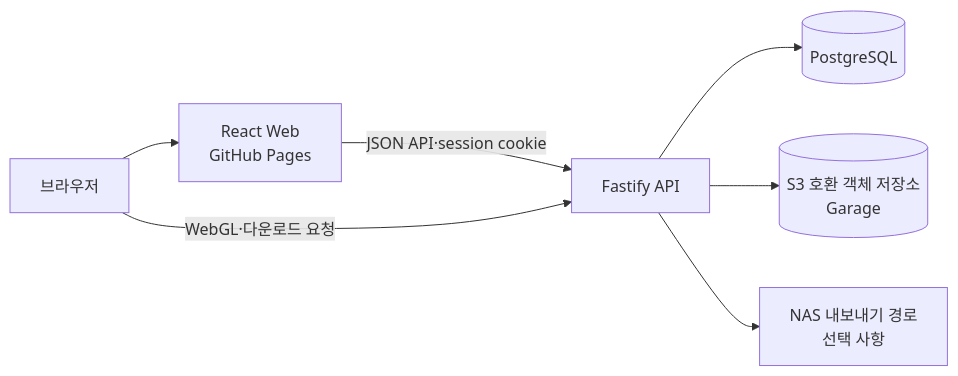
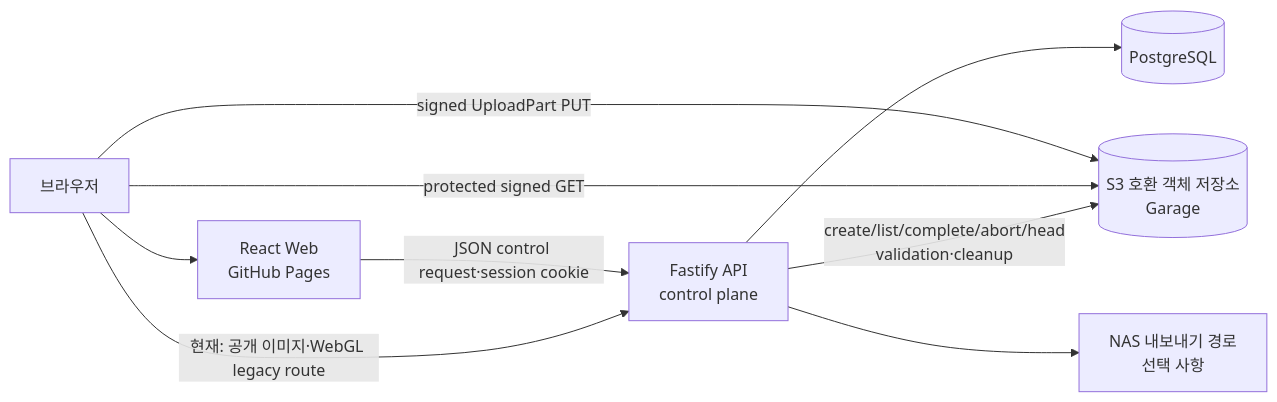
The diagram in README.md (pcugame/pcugame.github.io-infra), drawn with Mermaid before and after one commit. The commit also changed other lines of this file and 124 other files, not shown here.

Commit message:
feat: move object transfers to control plane

````diff
--- a/README.md
+++ b/README.md
@@ -28,9 +28,11 @@
 ```mermaid
 flowchart LR
     B[브라우저] --> W[React Web\nGitHub Pages]
-    W -->|JSON API·session cookie| A[Fastify API]
-    B -->|WebGL·다운로드 요청| A
+    W -->|JSON control request·session cookie| A[Fastify API\ncontrol plane]
+    B -->|signed UploadPart PUT| S[(S3 호환 객체 저장소\nGarage)]
+    B -->|protected signed GET| S
+    B -->|현재: 공개 이미지·WebGL legacy route| A
     A --> P[(PostgreSQL)]
-    A --> S[(S3 호환 객체 저장소\nGarage)]
+    A -->|create/list/complete/abort/head\nvalidation·cleanup| S
     A --> N[NAS 내보내기 경로\n선택 사항]
 ```
````
